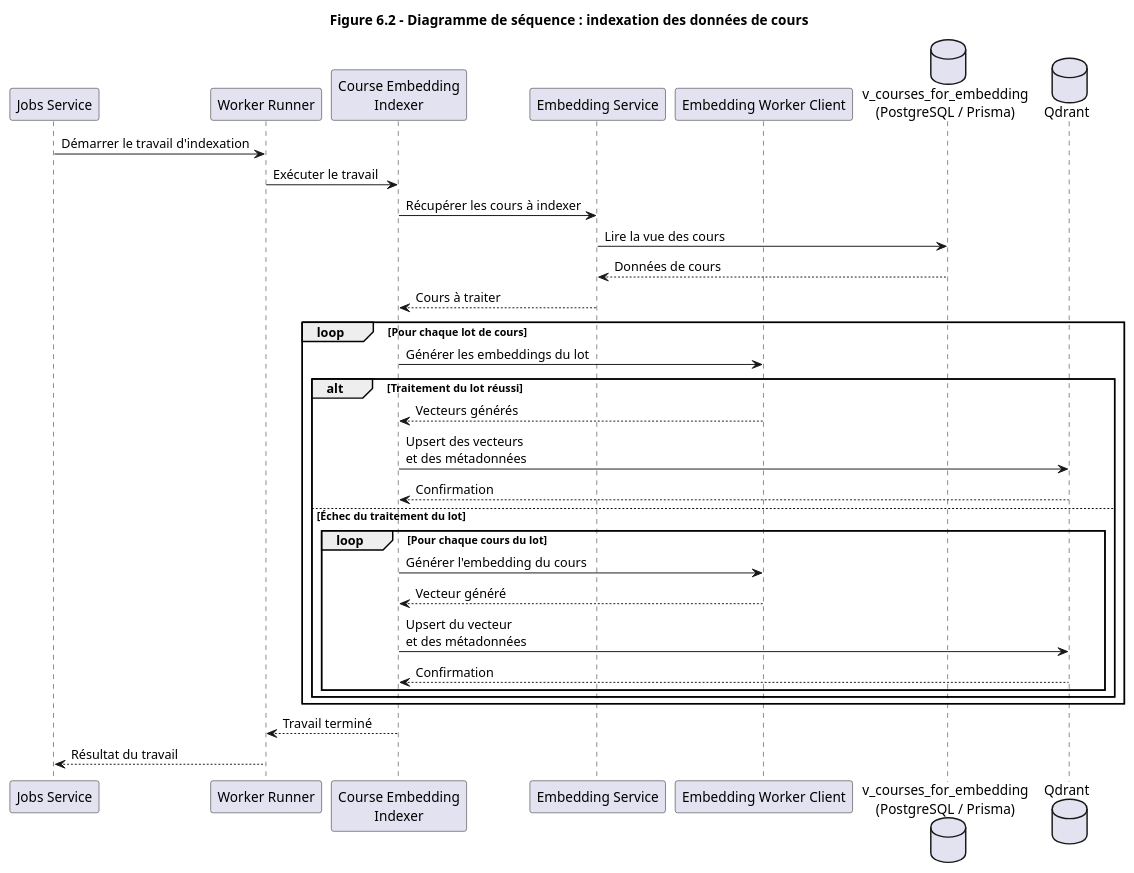
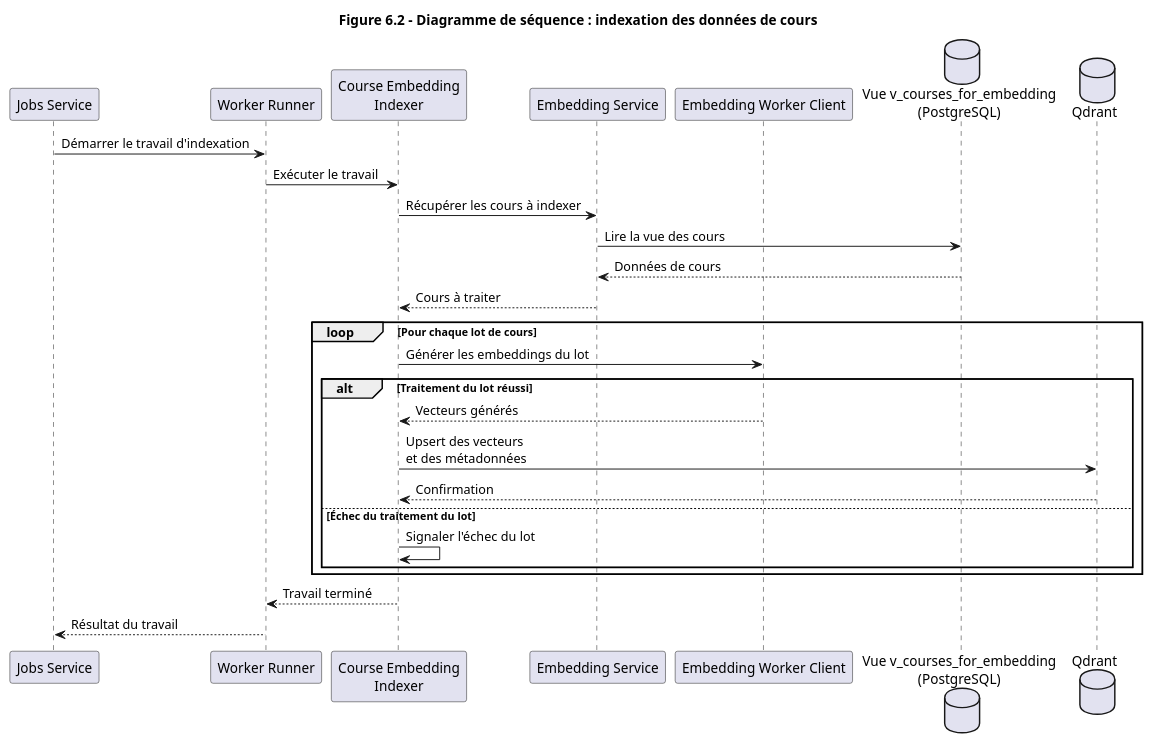
One commit to ApplETS/planifETS-backend changed the diagram in docs/log791_e2026_chatbot/arc42/uml/arc42_3.plantuml. Above: the diagram before and after it, drawn with PlantUML. The commit also changed 1 other file, not shown here.

Commit message:
Chore(docs)  fixing uml diagram (#156)

```diff
--- a/docs/log791_e2026_chatbot/arc42/uml/arc42_3.plantuml
+++ b/docs/log791_e2026_chatbot/arc42/uml/arc42_3.plantuml
@@ -1,42 +1,37 @@
-@startuml Figure 6.2 - Diagramme de séquence : indexation des données de cours
+@startuml
 title Figure 6.2 - Diagramme de séquence : indexation des données de cours
 
 participant "Jobs Service" as Jobs
 participant "Worker Runner" as Runner
 participant "Course Embedding\nIndexer" as Indexer
 participant "Embedding Service" as EmbeddingService
 participant "Embedding Worker Client" as WorkerClient
-database "v_courses_for_embedding\n(PostgreSQL / Prisma)" as Database
+database "Vue v_courses_for_embedding\n(PostgreSQL)" as Database
 database "Qdrant" as Qdrant
 
 Jobs -> Runner : Démarrer le travail d'indexation
 Runner -> Indexer : Exécuter le travail
 
 Indexer -> EmbeddingService : Récupérer les cours à indexer
 EmbeddingService -> Database : Lire la vue des cours
 Database --> EmbeddingService : Données de cours
 EmbeddingService --> Indexer : Cours à traiter
 
 loop Pour chaque lot de cours
 
     Indexer -> WorkerClient : Générer les embeddings du lot
 
     alt Traitement du lot réussi
         WorkerClient --> Indexer : Vecteurs générés
         Indexer -> Qdrant : Upsert des vecteurs\net des métadonnées
         Qdrant --> Indexer : Confirmation
+
     else Échec du traitement du lot
-        loop Pour chaque cours du lot
-            Indexer -> WorkerClient : Générer l'embedding du cours
-            WorkerClient --> Indexer : Vecteur généré
-            Indexer -> Qdrant : Upsert du vecteur\net des métadonnées
-            Qdrant --> Indexer : Confirmation
-        end
+        Indexer -> Indexer : Signaler l'échec du lot
     end
-
 end
 
 Indexer --> Runner : Travail terminé
 Runner --> Jobs : Résultat du travail
 
 @enduml
```
